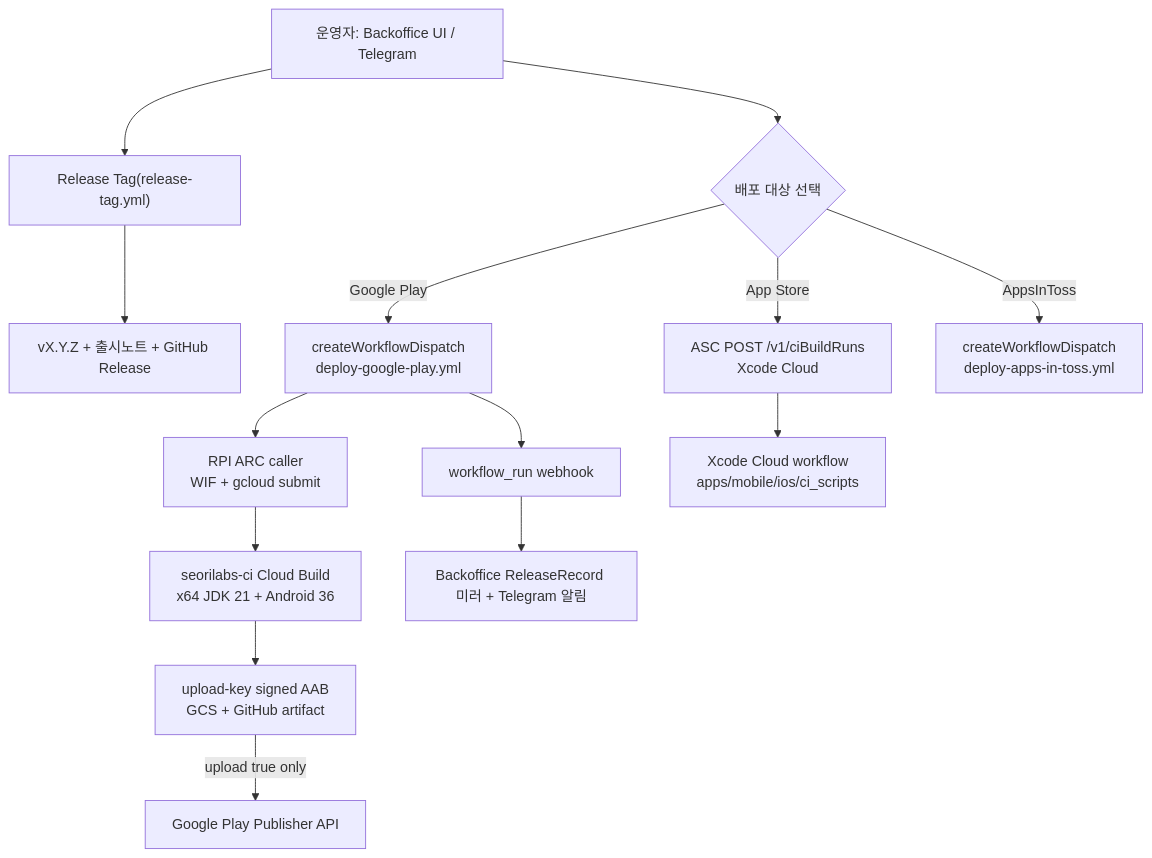
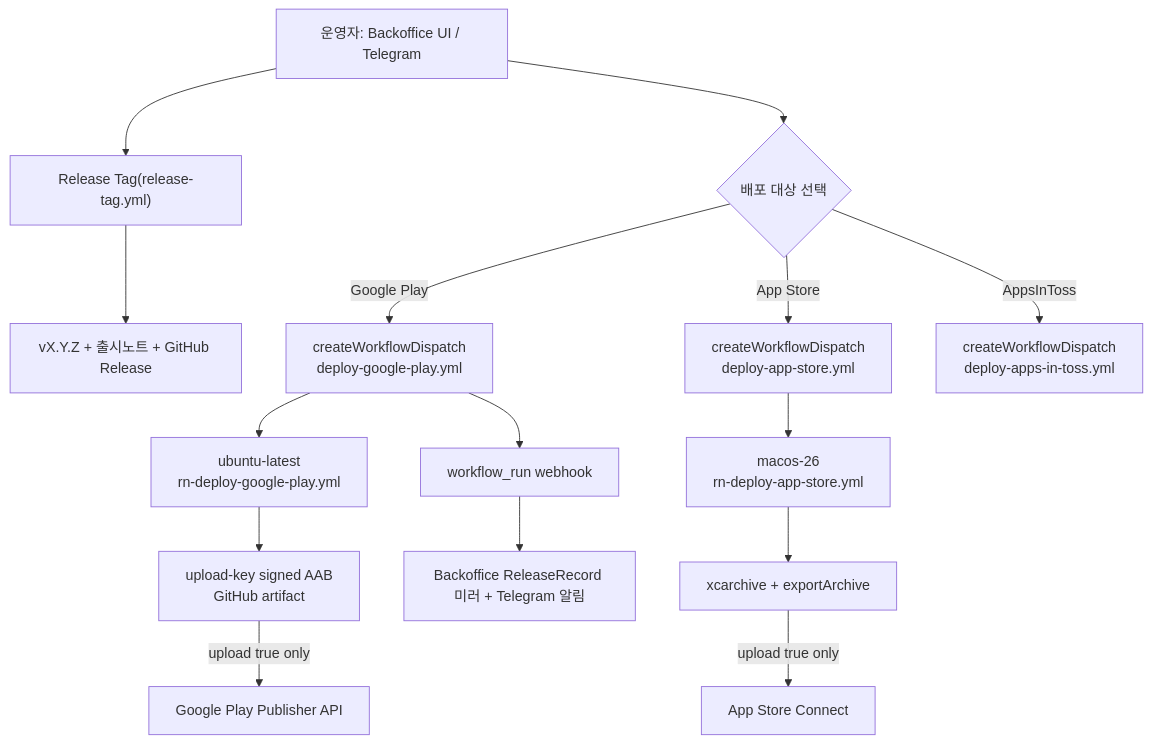
Before and after one commit to seorilabs/babycare: the diagram in docs/06-release/store-upload-setup.md, drawn with Mermaid. The commit also changed other lines of this file and 6 other files, not shown here.

First line of the commit message:
Xcode Cloud iOS 릴리스 경로를 걷어낸다 (#138)

````diff
--- a/docs/06-release/store-upload-setup.md
+++ b/docs/06-release/store-upload-setup.md
@@ -15,16 +15,17 @@
 ```mermaid
 flowchart TD
   U["운영자: Backoffice UI / Telegram"] --> RT["Release Tag(release-tag.yml)"]
   RT --> TAG["vX.Y.Z + 출시노트 + GitHub Release"]
   U --> SEL{"배포 대상 선택"}
   SEL -->|"Google Play"| GP["createWorkflowDispatch<br/>deploy-google-play.yml"]
-  SEL -->|"App Store"| XC["ASC POST /v1/ciBuildRuns<br/>Xcode Cloud"]
+  SEL -->|"App Store"| XC["createWorkflowDispatch<br/>deploy-app-store.yml"]
   SEL -->|"AppsInToss"| AIT["createWorkflowDispatch<br/>deploy-apps-in-toss.yml"]
-  GP --> RPI["RPI ARC caller<br/>WIF + gcloud submit"]
-  RPI --> CB["seorilabs-ci Cloud Build<br/>x64 JDK 21 + Android 36"]
-  CB --> AAB["upload-key signed AAB<br/>GCS + GitHub artifact"]
+  GP --> GPR["ubuntu-latest<br/>rn-deploy-google-play.yml"]
+  GPR --> AAB["upload-key signed AAB<br/>GitHub artifact"]
   AAB -->|"upload true only"| PLAY["Google Play Publisher API"]
-  XC --> ACLOUD["Xcode Cloud workflow<br/>apps/mobile/ios/ci_scripts"]
+  XC --> XCR["macos-26<br/>rn-deploy-app-store.yml"]
+  XCR --> IPA["xcarchive + exportArchive"]
+  IPA -->|"upload true only"| ASC["App Store Connect"]
   GP --> WH["workflow_run webhook"]
   WH --> MIR["Backoffice ReleaseRecord 미러 + Telegram 알림"]
 ```
````
